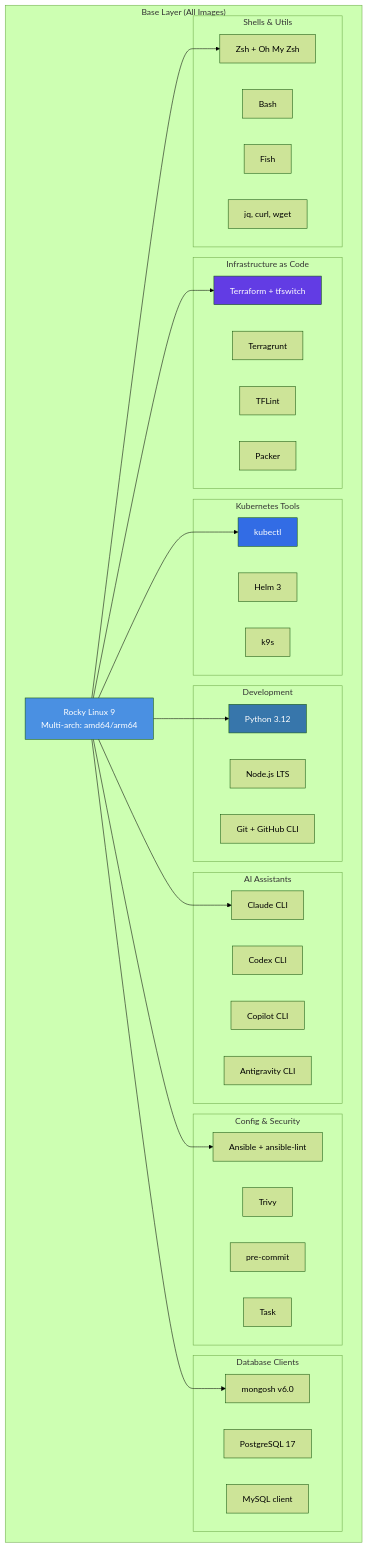
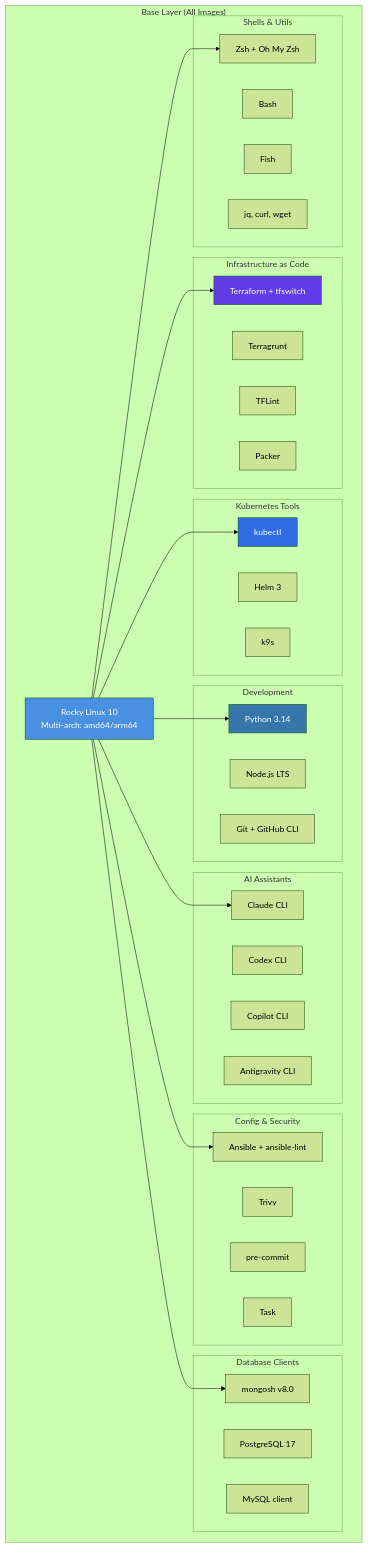
The first of 3 diagrams in docs/architecture/index.md (jinalshah/devops-images), drawn with Mermaid (forest theme) before and after one commit. The commit also changed other lines of this file and 15 other files, not shown here.

First line of the commit message:
Upgrade base image to Rocky Linux 10

````diff
--- a/docs/architecture/index.md
+++ b/docs/architecture/index.md
@@ -11,59 +11,59 @@
 ```mermaid
 graph TB
     subgraph "Base Layer (All Images)"
-        RL[Rocky Linux 9<br/>Multi-arch: amd64/arm64]
+        RL[Rocky Linux 10<br/>Multi-arch: amd64/arm64]
 
         subgraph "Infrastructure as Code"
             TF[Terraform + tfswitch]
             TG[Terragrunt]
             TFL[TFLint]
             PK[Packer]
         end
 
         subgraph "Kubernetes Tools"
             KB[kubectl]
             HM[Helm 3]
             K9[k9s]
         end
 
         subgraph "Development"
-            PY[Python 3.12]
+            PY[Python 3.14]
             ND[Node.js LTS]
             GT[Git + GitHub CLI]
         end
 
         subgraph "AI Assistants"
             CL[Claude CLI]
             CD[Codex CLI]
             CP[Copilot CLI]
             GM[Antigravity CLI]
         end
 
         subgraph "Config & Security"
             AN[Ansible + ansible-lint]
             TR[Trivy]
             PC[pre-commit]
             TS[Task]
         end
 
         subgraph "Database Clients"
-            MG[mongosh v6.0]
+            MG[mongosh v8.0]
             PG[PostgreSQL 17]
             MY[MySQL client]
         end
 
         subgraph "Shells & Utils"
             ZS[Zsh + Oh My Zsh]
             BS[Bash]
             FS[Fish]
             JQ[jq, curl, wget]
         end
 
         RL --> TF & KB & PY & CL & AN & MG & ZS
     end
 
     style RL fill:#4A90E2,color:#fff
     style TF fill:#623CE4,color:#fff
     style KB fill:#326CE5,color:#fff
     style PY fill:#3776AB,color:#fff
 ```
````
